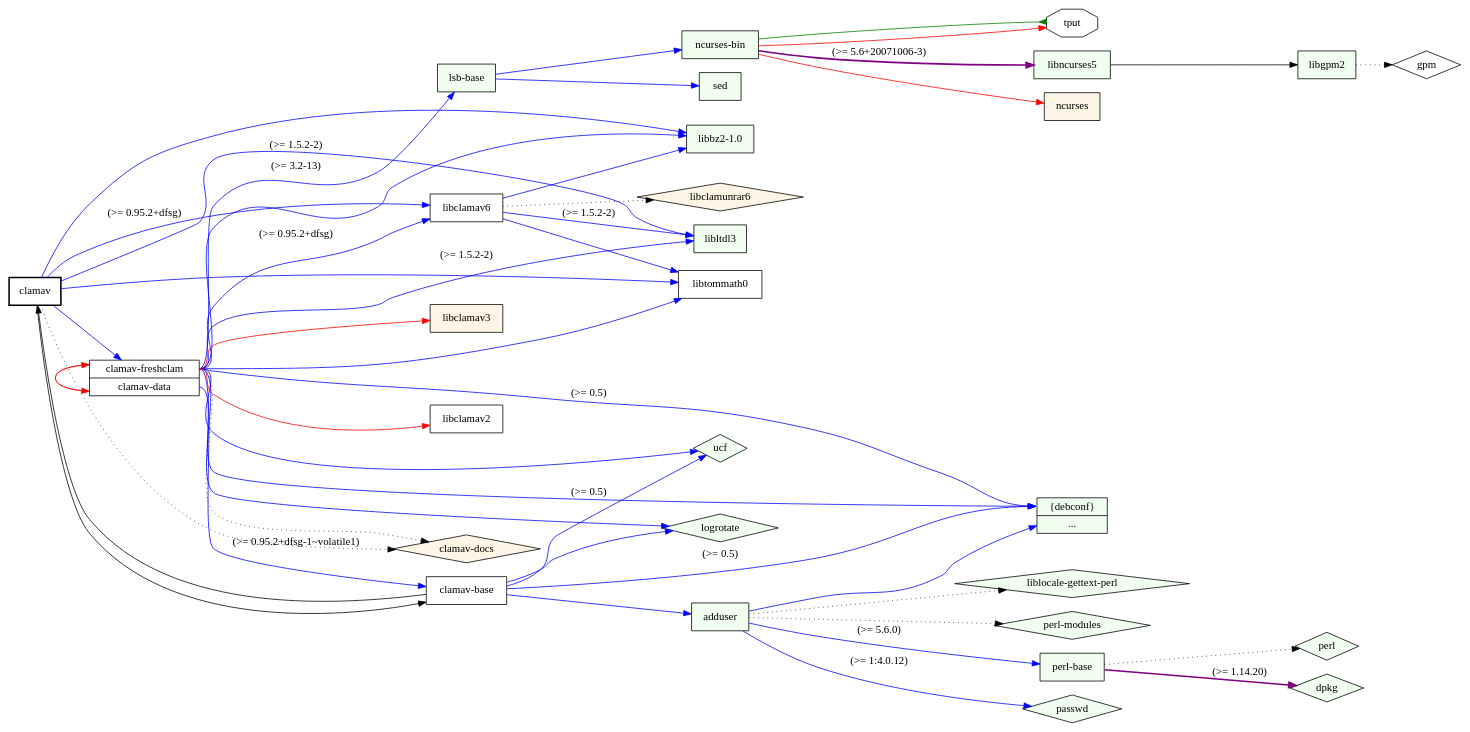
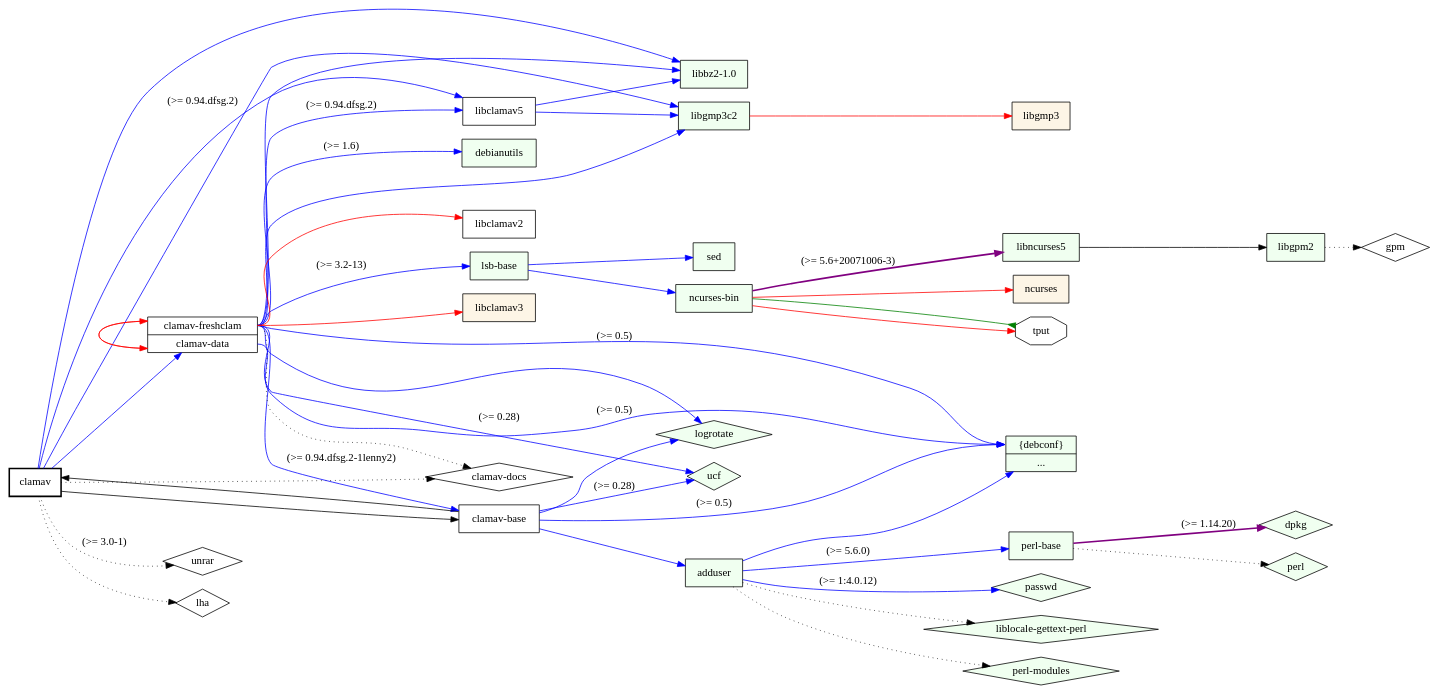
One commit to juandesant/debtree changed the diagram in testset/usage2.dot. Above: the diagram before and after it, drawn with Graphviz. The commit also changed 2 other files, not shown here.

```diff
--- a/testset/usage2.dot
+++ b/testset/usage2.dot
@@ -1,94 +1,95 @@
 digraph "clamav" {
 	rankdir=LR;
 	node [shape=box];
 	"clamav" -> "libbz2-1.0" [color=blue];
 	"libbz2-1.0" [style=filled,fillcolor=honeydew];
-	"clamav" -> "libclamav6" [color=blue,label="(>= 0.95.2+dfsg)"];
-	"libclamav6" -> "libbz2-1.0" [color=blue];
-	"libclamav6" -> "libltdl3" [color=blue,label="(>= 1.5.2-2)"];
-	"libltdl3" [style=filled,fillcolor=honeydew];
-	"libclamav6" -> "libtommath0" [color=blue];
-	"libclamav6" -> "libclamunrar6" [style=dotted];
-	"clamav" -> "libltdl3" [color=blue,label="(>= 1.5.2-2)"];
-	"clamav" -> "libtommath0" [color=blue];
+	"clamav" -> "libclamav5" [color=blue,label="(>= 0.94.dfsg.2)"];
+	"libclamav5" -> "libbz2-1.0" [color=blue];
+	"libclamav5" -> "libgmp3c2" [color=blue];
+	"libgmp3c2" -> "libgmp3" [color=red];
+	"libgmp3c2" [style=filled,fillcolor=honeydew];
+	"clamav" -> "libgmp3c2" [color=blue];
 	"clamav" -> "alt1" [color=blue];
 	"alt1":"clamav-freshclam" -> "alt2":"debconf" [color=blue,label="(>= 0.5)"];
-	"alt1":"clamav-freshclam" -> "clamav-base" [color=blue,label="(>= 0.95.2+dfsg-1~volatile1)"];
+	"alt1":"clamav-freshclam" -> "clamav-base" [color=blue,label="(>= 0.94.dfsg.2-1lenny2)"];
 	"clamav-base" -> "alt2":"debconf" [color=blue,label="(>= 0.5)"];
 	"clamav-base" -> "adduser" [color=blue];
 	"adduser" -> "perl-base" [color=blue,label="(>= 5.6.0)"];
 	"perl-base" -> "dpkg" [color=purple,style=bold,label="(>= 1.14.20)"];
 	"perl-base" -> "perl" [style=dotted];
 	"perl-base" [style=filled,fillcolor=honeydew];
 	"adduser" -> "passwd" [color=blue,label="(>= 1:4.0.12)"];
 	"adduser" -> "alt2" [color=blue];
 	"adduser" -> "liblocale-gettext-perl" [style=dotted];
 	"adduser" -> "perl-modules" [style=dotted];
 	"adduser" [style=filled,fillcolor=honeydew];
-	"clamav-base" -> "ucf" [color=blue];
+	"clamav-base" -> "ucf" [color=blue,label="(>= 0.28)"];
 	"clamav-base" -> "logrotate" [color=blue];
 	"clamav-base" -> "clamav";
 	"alt1":"clamav-freshclam" -> "libbz2-1.0" [color=blue];
-	"alt1":"clamav-freshclam" -> "libclamav6" [color=blue,label="(>= 0.95.2+dfsg)"];
-	"alt1":"clamav-freshclam" -> "libltdl3" [color=blue,label="(>= 1.5.2-2)"];
-	"alt1":"clamav-freshclam" -> "libtommath0" [color=blue];
-	"alt1":"clamav-freshclam" -> "ucf" [color=blue];
+	"alt1":"clamav-freshclam" -> "libclamav5" [color=blue,label="(>= 0.94.dfsg.2)"];
+	"alt1":"clamav-freshclam" -> "libgmp3c2" [color=blue];
+	"alt1":"clamav-freshclam" -> "debianutils" [color=blue,label="(>= 1.6)"];
+	"debianutils" [style=filled,fillcolor=honeydew];
+	"alt1":"clamav-freshclam" -> "ucf" [color=blue,label="(>= 0.28)"];
 	"alt1":"clamav-freshclam" -> "logrotate" [color=blue];
 	"alt1":"clamav-freshclam" -> "lsb-base" [color=blue,label="(>= 3.2-13)"];
 	"lsb-base" -> "sed" [color=blue];
 	"sed" [style=filled,fillcolor=honeydew];
 	"lsb-base" -> "ncurses-bin" [color=blue];
 	"ncurses-bin" -> "libncurses5" [color=purple,style=bold,label="(>= 5.6+20071006-3)"];
 	"libncurses5" -> "libgpm2";
 	"libgpm2" -> "gpm" [style=dotted];
 	"libgpm2" [style=filled,fillcolor=honeydew];
 	"libncurses5" [style=filled,fillcolor=honeydew];
 	"ncurses-bin" -> "ncurses" [color=red];
 	"ncurses-bin" -> "tput" [color=red];
 	"ncurses-bin" [style=filled,fillcolor=honeydew];
 	"lsb-base" [style=filled,fillcolor=honeydew];
 	"alt1":"clamav-freshclam" -> "clamav-docs" [style=dotted];
 	"alt1":"clamav-freshclam" -> "alt1":"clamav-data" [color=red];
 	"alt1":"clamav-freshclam" -> "libclamav2" [color=red];
 	"alt1":"clamav-freshclam" -> "libclamav3" [color=red];
 	"alt1":"clamav-data" -> "alt2":"debconf" [color=blue,label="(>= 0.5)"];
 	"alt1":"clamav-data" -> "alt1":"clamav-freshclam" [color=red];
 	"clamav" -> "clamav-base";
+	"clamav" -> "unrar" [style=dotted,label="(>= 3.0-1)"];
+	"clamav" -> "lha" [style=dotted];
 	"clamav" -> "clamav-docs" [style=dotted];
 	"clamav" [style="setlinewidth(2)"]
-	"clamav-docs" [style=filled,fillcolor=oldlace];
 	"libclamav3" [style=filled,fillcolor=oldlace];
-	"libclamunrar6" [style=filled,fillcolor=oldlace];
+	"libgmp3" [style=filled,fillcolor=oldlace];
 	"ncurses" [style=filled,fillcolor=oldlace];
 	"tput" -> "ncurses-bin" [dir=back,arrowtail=inv,color=green];
 	"tput" [shape=octagon];
 	alt1 [
 		shape = "record"
 		label = "<clamav-freshclam> clamav-freshclam | <clamav-data> clamav-data"
 	]
 	alt2 [
 		shape = "record"
 		style = "filled"
 		fillcolor = "honeydew"
 		label = "<debconf> \{debconf\} | <other> ..."
 	]
 	"clamav-docs" [shape=diamond];
 	"dpkg" [shape=diamond];
 	"dpkg" [style=filled,fillcolor=honeydew];
 	"gpm" [shape=diamond];
-	"libclamunrar6" [shape=diamond];
+	"lha" [shape=diamond];
 	"liblocale-gettext-perl" [shape=diamond];
 	"liblocale-gettext-perl" [style=filled,fillcolor=honeydew];
 	"logrotate" [shape=diamond];
 	"logrotate" [style=filled,fillcolor=honeydew];
 	"passwd" [shape=diamond];
 	"passwd" [style=filled,fillcolor=honeydew];
 	"perl" [shape=diamond];
 	"perl" [style=filled,fillcolor=honeydew];
 	"perl-modules" [shape=diamond];
 	"perl-modules" [style=filled,fillcolor=honeydew];
 	"ucf" [shape=diamond];
 	"ucf" [style=filled,fillcolor=honeydew];
+	"unrar" [shape=diamond];
 }
 // Excluded dependencies:
 // libc6 zlib1g
```
